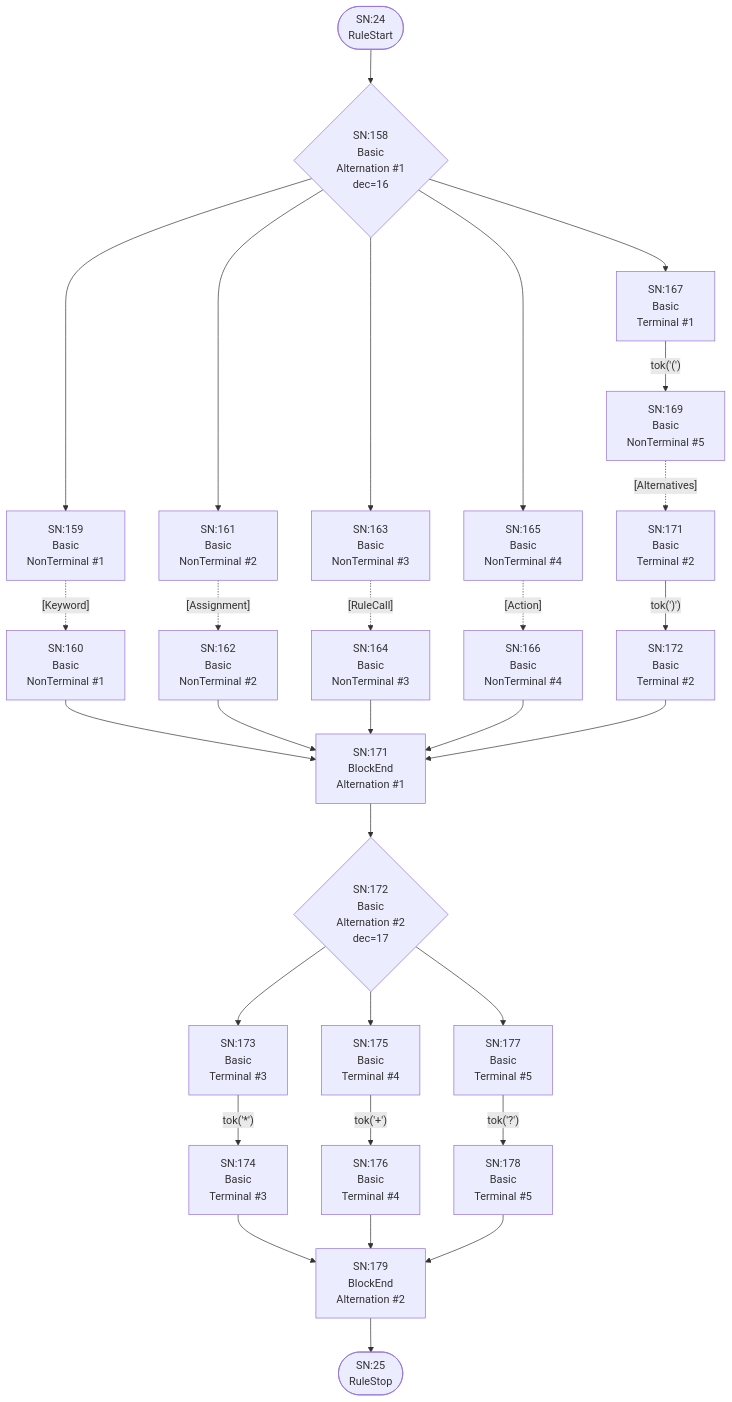
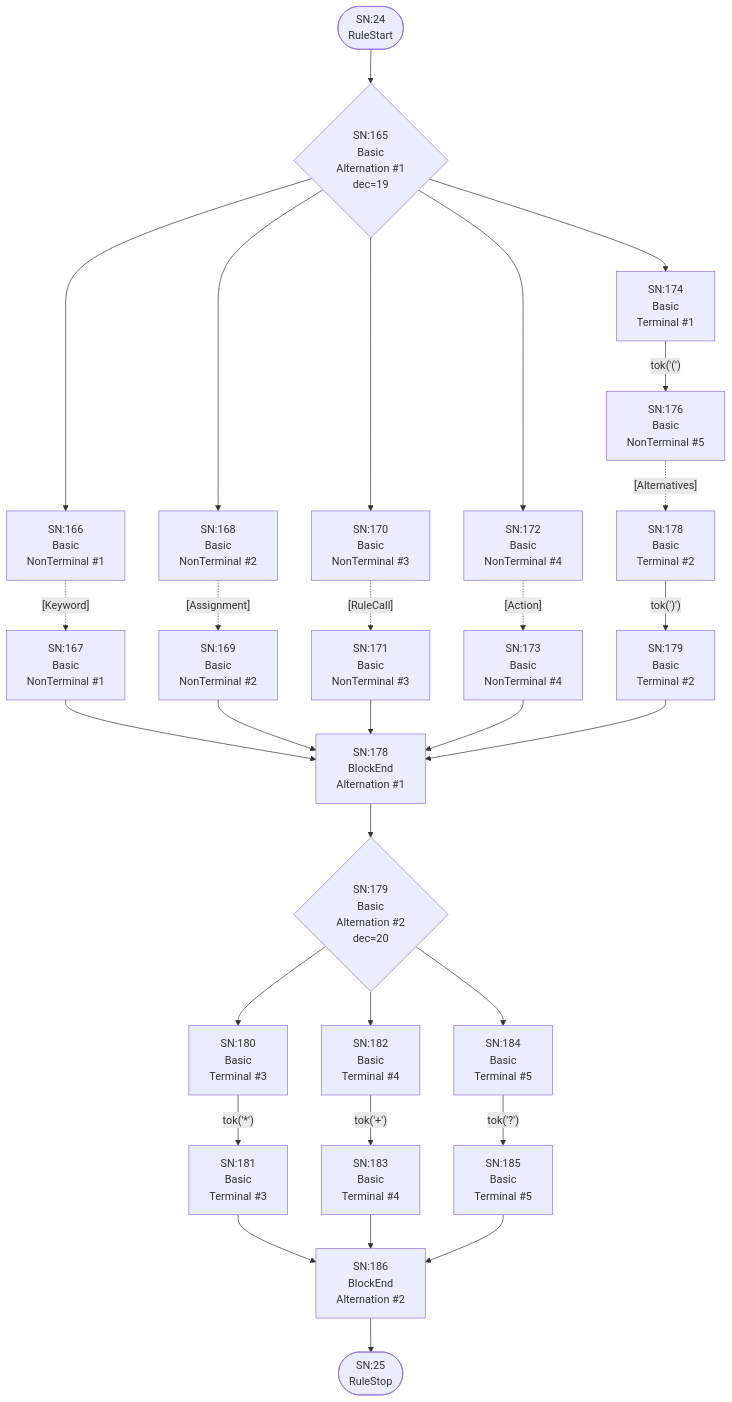
Diagram 13 of 25 in internal/grammar/atn.md (TypeFox/fastbelt), drawn with Mermaid before and after one commit. The commit also changed other lines of this file and 13 other files, not shown here.

````diff
--- a/internal/grammar/atn.md
+++ b/internal/grammar/atn.md
@@ -358,57 +374,57 @@
 ```mermaid
 flowchart TD
     q24(["SN:24<br/>RuleStart"])
     q25(["SN:25<br/>RuleStop"])
-    q158{"SN:158<br/>Basic<br/>Alternation #1<br/>dec=16"}
-    q159["SN:159<br/>Basic<br/>NonTerminal #1"]
-    q160["SN:160<br/>Basic<br/>NonTerminal #1"]
-    q161["SN:161<br/>Basic<br/>NonTerminal #2"]
-    q162["SN:162<br/>Basic<br/>NonTerminal #2"]
-    q163["SN:163<br/>Basic<br/>NonTerminal #3"]
-    q164["SN:164<br/>Basic<br/>NonTerminal #3"]
-    q165["SN:165<br/>Basic<br/>NonTerminal #4"]
-    q166["SN:166<br/>Basic<br/>NonTerminal #4"]
-    q167["SN:167<br/>Basic<br/>Terminal #1"]
-    q168["SN:169<br/>Basic<br/>NonTerminal #5"]
-    q169["SN:171<br/>Basic<br/>Terminal #2"]
-    q170["SN:172<br/>Basic<br/>Terminal #2"]
-    q171["SN:171<br/>BlockEnd<br/>Alternation #1"]
-    q172{"SN:172<br/>Basic<br/>Alternation #2<br/>dec=17"}
-    q173["SN:173<br/>Basic<br/>Terminal #3"]
-    q174["SN:174<br/>Basic<br/>Terminal #3"]
-    q175["SN:175<br/>Basic<br/>Terminal #4"]
-    q176["SN:176<br/>Basic<br/>Terminal #4"]
-    q177["SN:177<br/>Basic<br/>Terminal #5"]
-    q178["SN:178<br/>Basic<br/>Terminal #5"]
-    q179["SN:179<br/>BlockEnd<br/>Alternation #2"]
+    q165{"SN:165<br/>Basic<br/>Alternation #1<br/>dec=19"}
+    q166["SN:166<br/>Basic<br/>NonTerminal #1"]
+    q167["SN:167<br/>Basic<br/>NonTerminal #1"]
+    q168["SN:168<br/>Basic<br/>NonTerminal #2"]
+    q169["SN:169<br/>Basic<br/>NonTerminal #2"]
+    q170["SN:170<br/>Basic<br/>NonTerminal #3"]
+    q171["SN:171<br/>Basic<br/>NonTerminal #3"]
+    q172["SN:172<br/>Basic<br/>NonTerminal #4"]
+    q173["SN:173<br/>Basic<br/>NonTerminal #4"]
+    q174["SN:174<br/>Basic<br/>Terminal #1"]
+    q175["SN:176<br/>Basic<br/>NonTerminal #5"]
+    q176["SN:178<br/>Basic<br/>Terminal #2"]
+    q177["SN:179<br/>Basic<br/>Terminal #2"]
+    q178["SN:178<br/>BlockEnd<br/>Alternation #1"]
+    q179{"SN:179<br/>Basic<br/>Alternation #2<br/>dec=20"}
+    q180["SN:180<br/>Basic<br/>Terminal #3"]
+    q181["SN:181<br/>Basic<br/>Terminal #3"]
+    q182["SN:182<br/>Basic<br/>Terminal #4"]
+    q183["SN:183<br/>Basic<br/>Terminal #4"]
+    q184["SN:184<br/>Basic<br/>Terminal #5"]
+    q185["SN:185<br/>Basic<br/>Terminal #5"]
+    q186["SN:186<br/>BlockEnd<br/>Alternation #2"]
 
-    q24 --> q158
-    q158 --> q159
-    q158 --> q161
-    q158 --> q163
-    q158 --> q165
-    q158 --> q167
-    q159 -.->|"[Keyword]"| q160
-    q160 --> q171
-    q161 -.->|"[Assignment]"| q162
-    q162 --> q171
-    q163 -.->|"[RuleCall]"| q164
-    q164 --> q171
-    q165 -.->|"[Action]"| q166
-    q166 --> q171
-    q167 -->|"tok('(')"| q168
-    q168 -.->|"[Alternatives]"| q169
-    q169 -->|"tok(')')"| q170
-    q170 --> q171
-    q171 --> q172
-    q172 --> q173
-    q172 --> q175
-    q172 --> q177
-    q173 -->|"tok('*')"| q174
-    q174 --> q179
-    q175 -->|"tok('+')"| q176
-    q176 --> q179
-    q177 -->|"tok('?')"| q178
+    q24 --> q165
+    q165 --> q166
+    q165 --> q168
+    q165 --> q170
+    q165 --> q172
+    q165 --> q174
+    q166 -.->|"[Keyword]"| q167
+    q167 --> q178
+    q168 -.->|"[Assignment]"| q169
+    q169 --> q178
+    q170 -.->|"[RuleCall]"| q171
+    q171 --> q178
+    q172 -.->|"[Action]"| q173
+    q173 --> q178
+    q174 -->|"tok('(')"| q175
+    q175 -.->|"[Alternatives]"| q176
+    q176 -->|"tok(')')"| q177
+    q177 --> q178
     q178 --> q179
-    q179 --> q25
+    q179 --> q180
+    q179 --> q182
+    q179 --> q184
+    q180 -->|"tok('*')"| q181
+    q181 --> q186
+    q182 -->|"tok('+')"| q183
+    q183 --> q186
+    q184 -->|"tok('?')"| q185
+    q185 --> q186
+    q186 --> q25
 ```
````
